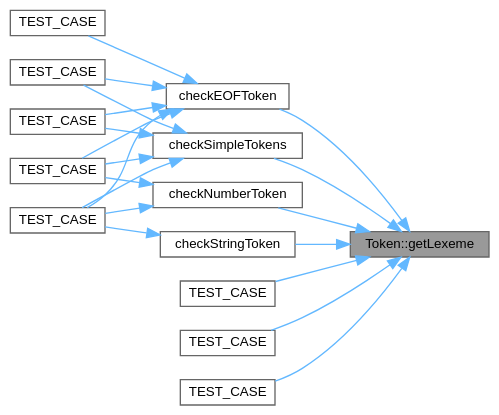
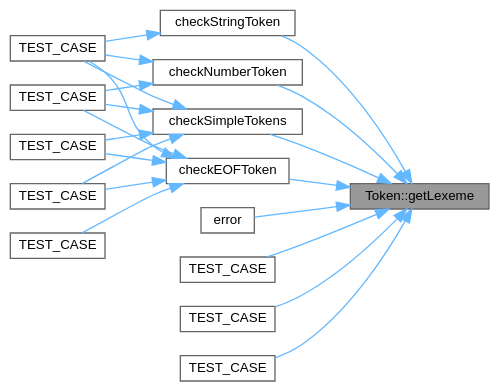
One commit to helcsnewsxd/gsc-interpreter changed the diagram in classToken_a143dd2918c6d43f95010e101012a6d2e_icgraph.dot. Above: the diagram before and after it, drawn with Graphviz. The commit also changed 91 other files, not shown here.

```diff
--- a/classToken_a143dd2918c6d43f95010e101012a6d2e_icgraph.dot
+++ b/classToken_a143dd2918c6d43f95010e101012a6d2e_icgraph.dot
@@ -1,40 +1,42 @@
 digraph "Token::getLexeme"
 {
  // LATEX_PDF_SIZE
   bgcolor="transparent";
   edge [fontname=Helvetica,fontsize=10,labelfontname=Helvetica,labelfontsize=10];
   node [fontname=Helvetica,fontsize=10,shape=box,height=0.2,width=0.4];
   rankdir="RL";
   Node1 [id="Node000001",label="Token::getLexeme",height=0.2,width=0.4,color="gray40", fillcolor="grey60", style="filled", fontcolor="black",tooltip=" "];
   Node1 -> Node2 [id="edge1_Node000001_Node000002",dir="back",color="steelblue1",style="solid",tooltip=" "];
   Node2 [id="Node000002",label="checkEOFToken",height=0.2,width=0.4,color="grey40", fillcolor="white", style="filled",URL="$scannerTest_8cpp.html#ad2495ad1ad09176881fb62138f05787f",tooltip=" "];
   Node2 -> Node3 [id="edge2_Node000002_Node000003",dir="back",color="steelblue1",style="solid",tooltip=" "];
   Node3 [id="Node000003",label="TEST_CASE",height=0.2,width=0.4,color="grey40", fillcolor="white", style="filled",URL="$scannerTest_8cpp.html#a234e70dc7b9b2e1f12575f14a6eb4149",tooltip=" "];
   Node2 -> Node4 [id="edge3_Node000002_Node000004",dir="back",color="steelblue1",style="solid",tooltip=" "];
   Node4 [id="Node000004",label="TEST_CASE",height=0.2,width=0.4,color="grey40", fillcolor="white", style="filled",URL="$scannerTest_8cpp.html#a98682d757443df50a081f56d56448546",tooltip=" "];
   Node2 -> Node5 [id="edge4_Node000002_Node000005",dir="back",color="steelblue1",style="solid",tooltip=" "];
   Node5 [id="Node000005",label="TEST_CASE",height=0.2,width=0.4,color="grey40", fillcolor="white", style="filled",URL="$scannerTest_8cpp.html#a5d4ac0fa9b58c9379655db85f31d5b62",tooltip=" "];
   Node2 -> Node6 [id="edge5_Node000002_Node000006",dir="back",color="steelblue1",style="solid",tooltip=" "];
   Node6 [id="Node000006",label="TEST_CASE",height=0.2,width=0.4,color="grey40", fillcolor="white", style="filled",URL="$scannerTest_8cpp.html#ae5642181526f8e4900b00890b11e4ac1",tooltip=" "];
   Node2 -> Node7 [id="edge6_Node000002_Node000007",dir="back",color="steelblue1",style="solid",tooltip=" "];
   Node7 [id="Node000007",label="TEST_CASE",height=0.2,width=0.4,color="grey40", fillcolor="white", style="filled",URL="$scannerTest_8cpp.html#a589f22582df1c77b146c9cfca9f63ea9",tooltip=" "];
   Node1 -> Node8 [id="edge7_Node000001_Node000008",dir="back",color="steelblue1",style="solid",tooltip=" "];
   Node8 [id="Node000008",label="checkNumberToken",height=0.2,width=0.4,color="grey40", fillcolor="white", style="filled",URL="$scannerTest_8cpp.html#a460971eabd5ce2d15d3e64a93259831e",tooltip=" "];
   Node8 -> Node4 [id="edge8_Node000008_Node000004",dir="back",color="steelblue1",style="solid",tooltip=" "];
   Node8 -> Node5 [id="edge9_Node000008_Node000005",dir="back",color="steelblue1",style="solid",tooltip=" "];
   Node1 -> Node9 [id="edge10_Node000001_Node000009",dir="back",color="steelblue1",style="solid",tooltip=" "];
   Node9 [id="Node000009",label="checkSimpleTokens",height=0.2,width=0.4,color="grey40", fillcolor="white", style="filled",URL="$scannerTest_8cpp.html#a8ca6d115c44809c30668348a91e197d5",tooltip=" "];
   Node9 -> Node3 [id="edge11_Node000009_Node000003",dir="back",color="steelblue1",style="solid",tooltip=" "];
   Node9 -> Node4 [id="edge12_Node000009_Node000004",dir="back",color="steelblue1",style="solid",tooltip=" "];
   Node9 -> Node5 [id="edge13_Node000009_Node000005",dir="back",color="steelblue1",style="solid",tooltip=" "];
   Node9 -> Node7 [id="edge14_Node000009_Node000007",dir="back",color="steelblue1",style="solid",tooltip=" "];
   Node1 -> Node10 [id="edge15_Node000001_Node000010",dir="back",color="steelblue1",style="solid",tooltip=" "];
   Node10 [id="Node000010",label="checkStringToken",height=0.2,width=0.4,color="grey40", fillcolor="white", style="filled",URL="$scannerTest_8cpp.html#aec6ff788fa30cc93e9e0386e65814231",tooltip=" "];
   Node10 -> Node4 [id="edge16_Node000010_Node000004",dir="back",color="steelblue1",style="solid",tooltip=" "];
   Node1 -> Node11 [id="edge17_Node000001_Node000011",dir="back",color="steelblue1",style="solid",tooltip=" "];
-  Node11 [id="Node000011",label="TEST_CASE",height=0.2,width=0.4,color="grey40", fillcolor="white", style="filled",URL="$exprTest_8cpp.html#a37072de29663c0546907647d63284a5b",tooltip=" "];
+  Node11 [id="Node000011",label="error",height=0.2,width=0.4,color="grey40", fillcolor="white", style="filled",URL="$error_8cpp.html#afa57d460cf6161b889466f19635b8c07",tooltip="Report an error in the given token."];
   Node1 -> Node12 [id="edge18_Node000001_Node000012",dir="back",color="steelblue1",style="solid",tooltip=" "];
-  Node12 [id="Node000012",label="TEST_CASE",height=0.2,width=0.4,color="grey40", fillcolor="white", style="filled",URL="$tokenTest_8cpp.html#abe5a2cbcef035c08831819ab87efc4ca",tooltip=" "];
+  Node12 [id="Node000012",label="TEST_CASE",height=0.2,width=0.4,color="grey40", fillcolor="white", style="filled",URL="$exprTest_8cpp.html#a37072de29663c0546907647d63284a5b",tooltip=" "];
   Node1 -> Node13 [id="edge19_Node000001_Node000013",dir="back",color="steelblue1",style="solid",tooltip=" "];
-  Node13 [id="Node000013",label="TEST_CASE",height=0.2,width=0.4,color="grey40", fillcolor="white", style="filled",URL="$exprTest_8cpp.html#af46c99fa38ede76a0411394f784c16ee",tooltip=" "];
+  Node13 [id="Node000013",label="TEST_CASE",height=0.2,width=0.4,color="grey40", fillcolor="white", style="filled",URL="$tokenTest_8cpp.html#abe5a2cbcef035c08831819ab87efc4ca",tooltip=" "];
+  Node1 -> Node14 [id="edge20_Node000001_Node000014",dir="back",color="steelblue1",style="solid",tooltip=" "];
+  Node14 [id="Node000014",label="TEST_CASE",height=0.2,width=0.4,color="grey40", fillcolor="white", style="filled",URL="$exprTest_8cpp.html#af46c99fa38ede76a0411394f784c16ee",tooltip=" "];
 }
```
